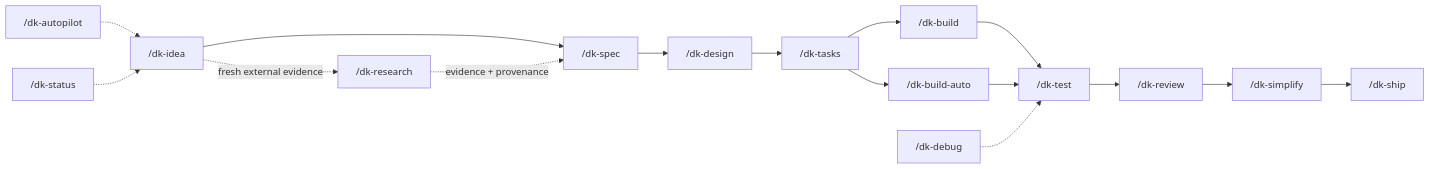
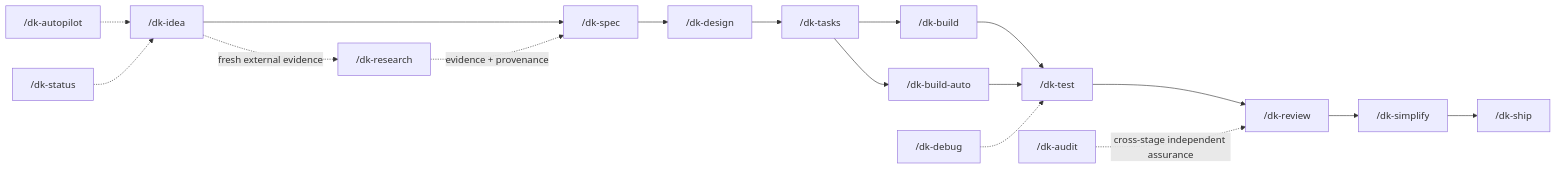
The diagram in docs/03-reference/commands/README.md (eybersjp/development-kit), drawn with Mermaid before and after one commit. The commit also changed other lines of this file, not shown here.

Commit message:
feat(audit): register independent audit in reference and manifest

````diff
--- a/docs/03-reference/commands/README.md
+++ b/docs/03-reference/commands/README.md
@@ -5,18 +5,19 @@
 ```mermaid
 graph LR
     Z["/dk-autopilot"] -.-> A["/dk-idea"]
     A --> B["/dk-spec"]
     A -. "fresh external evidence" .-> R["/dk-research"]
     R -. "evidence + provenance" .-> B
     B --> C["/dk-design"]
     C --> D["/dk-tasks"]
     D --> E["/dk-build"]
     D --> F["/dk-build-auto"]
     E --> G["/dk-test"]
     F --> G
     G --> H["/dk-review"]
+    X["/dk-audit"] -. "cross-stage independent assurance" .-> H
     H --> I["/dk-simplify"]
     I --> J["/dk-ship"]
     K["/dk-status"] -.-> A
     L["/dk-debug"] -.-> G
 ```
````
